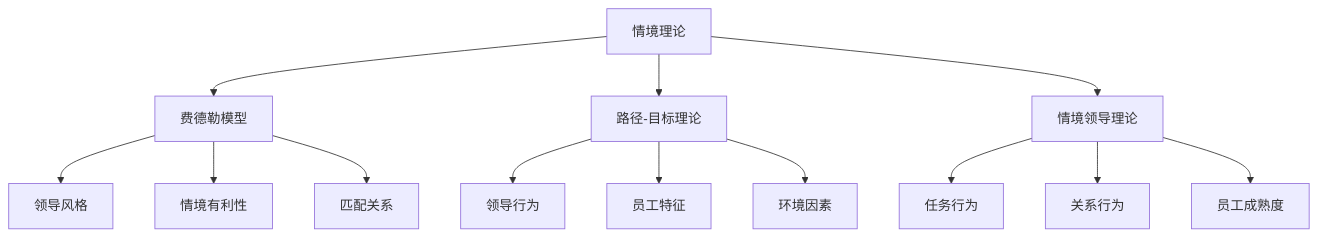
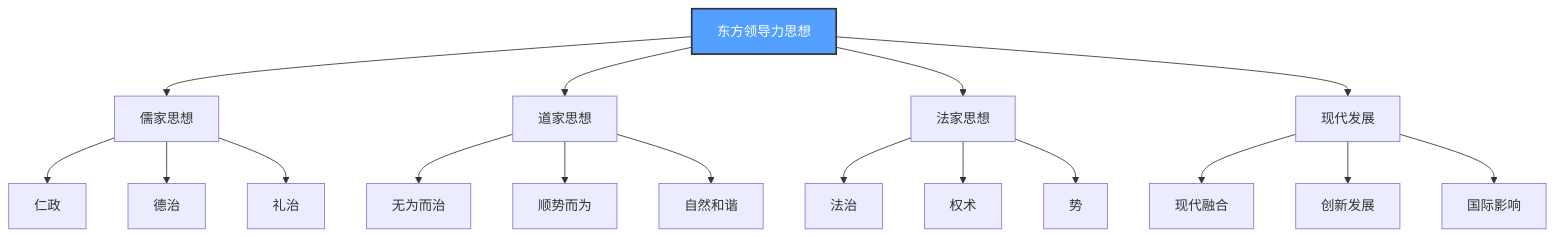
Before and after one commit to Anping2017/obsidian: the seventh of 9 diagrams in 企业领导力/01-基础认知层/03-领导力发展历程.md, drawn with Mermaid. The commit also changed other lines of this file and 8 other files, not shown here.

````diff
--- a/企业领导力/01-基础认知层/03-领导力发展历程.md
+++ b/企业领导力/01-基础认知层/03-领导力发展历程.md
@@ -123,18 +215,25 @@
 ```mermaid
 graph TD
-    A[情境理论] --> B[费德勒模型]
-    A --> C[路径-目标理论]
-    A --> D[情境领导理论]
+    A[东方领导力思想] --> B[儒家思想]
+    A --> C[道家思想]
+    A --> D[法家思想]
+    A --> E[现代发展]
     
-    B --> B1[领导风格]
-    B --> B2[情境有利性]
-    B --> B3[匹配关系]
+    B --> B1[仁政]
+    B --> B2[德治]
+    B --> B3[礼治]
     
-    C --> C1[领导行为]
-    C --> C2[员工特征]
-    C --> C3[环境因素]
+    C --> C1[无为而治]
+    C --> C2[顺势而为]
+    C --> C3[自然和谐]
     
-    D --> D1[任务行为]
-    D --> D2[关系行为]
-    D --> D3[员工成熟度]
+    D --> D1[法治]
+    D --> D2[权术]
+    D --> D3[势]
+    
+    E --> E1[现代融合]
+    E --> E2[创新发展]
+    E --> E3[国际影响]
+    
+    style A fill:#54a0ff,stroke:#333,stroke-width:2px,color:#fff
 ```
````
